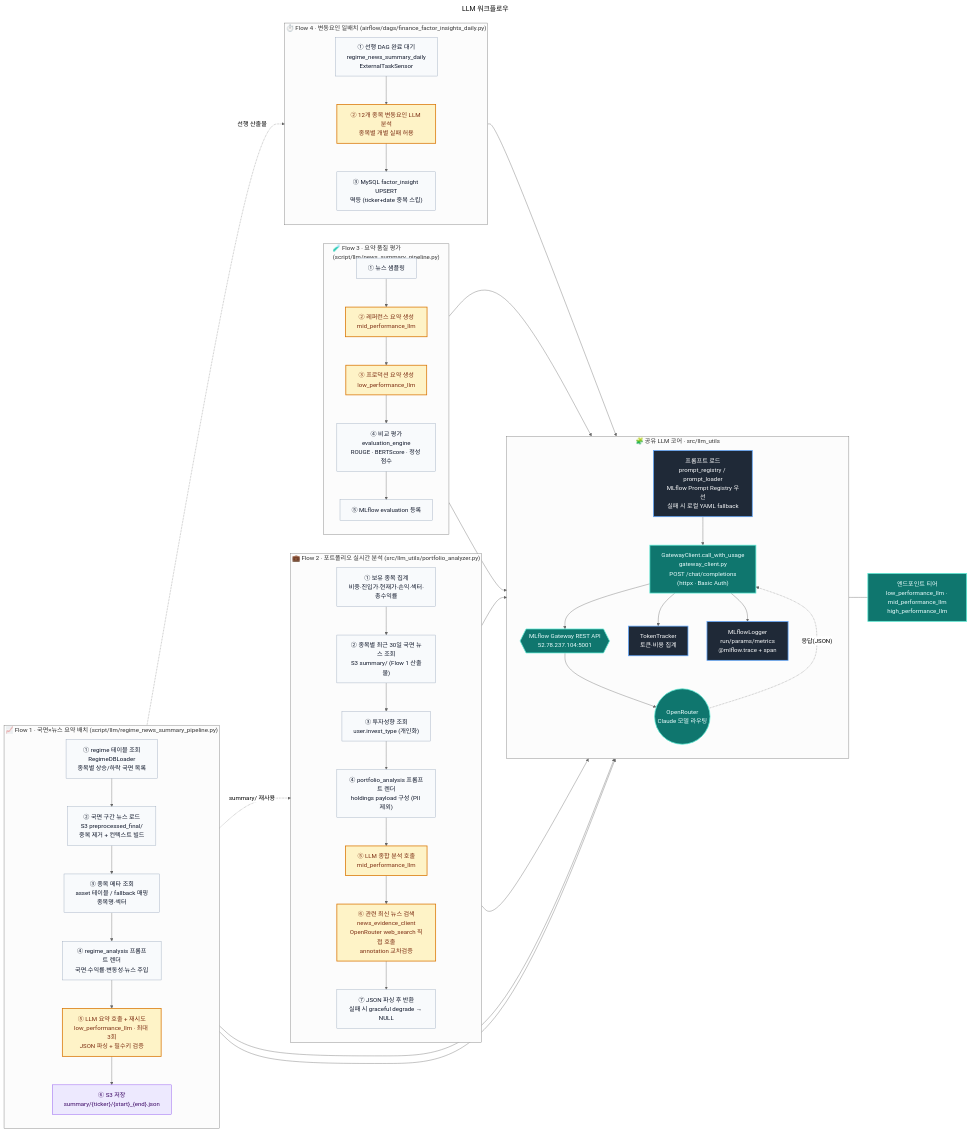
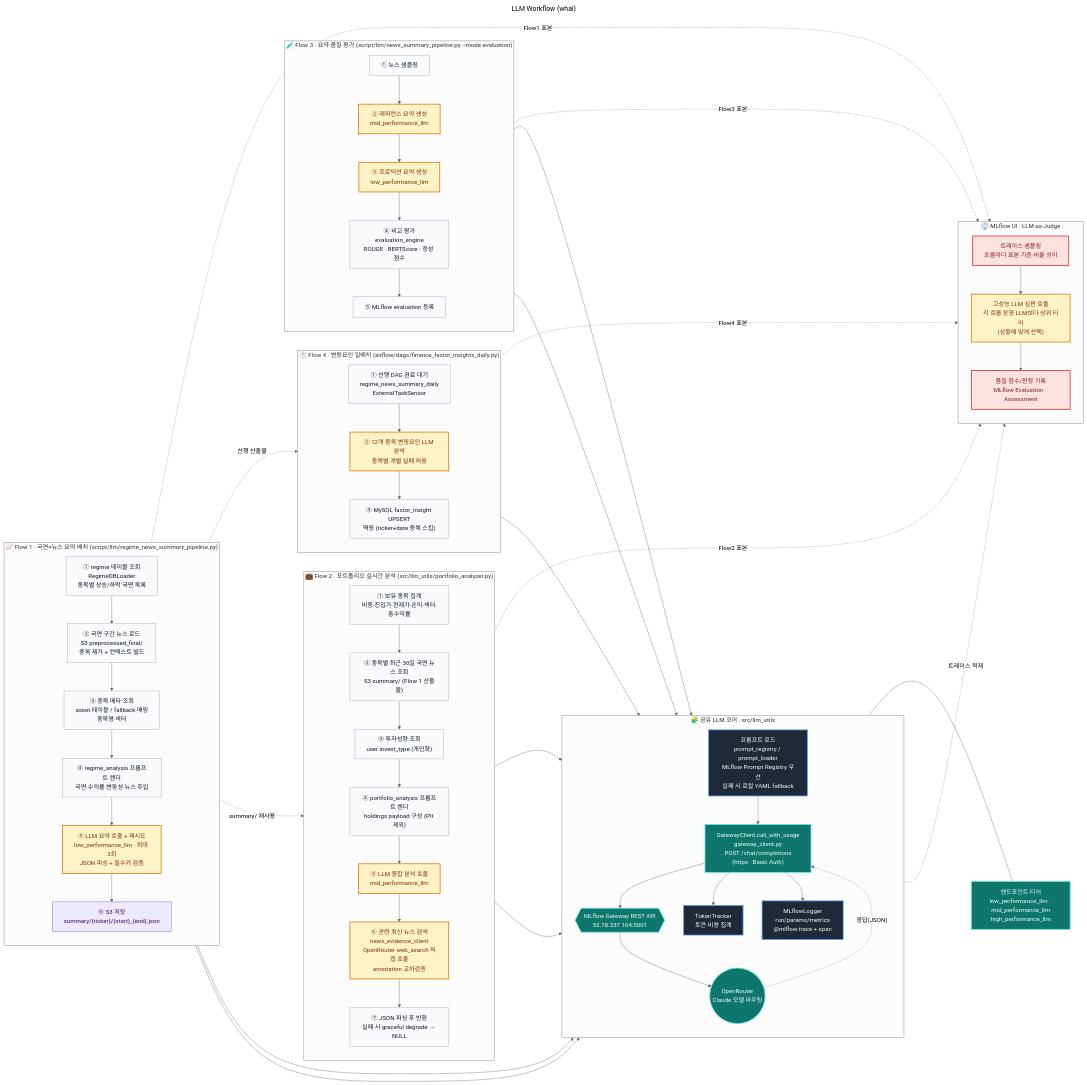
The first of 2 diagrams in submit.md (hwan1111/whai), drawn with Mermaid (neutral theme) before and after one commit.

Commit message:
Update LLM workflow diagram and descriptions

````diff
--- a/submit.md
+++ b/submit.md
@@ -39,6 +39,6 @@
 ```mermaid
 ---
-title: LLM 워크플로우
+title: LLM Workflow (whai)
 ---
 flowchart LR
  subgraph CORE["🧩 공유 LLM 코어 · src/llm_utils"]
@@ -69,8 +69,7 @@
         F2F["⑥ 관련 최신 뉴스 검색<br>news_evidence_client<br>OpenRouter web_search 직접 호출<br>annotation 교차검증"]
         F2G["⑦ JSON 파싱 후 반환<br>실패 시 graceful degrade → NULL"]
   end
- subgraph F3["🧪 Flow 3 · 요약 품질 평가 
-(script/llm/news_summary_pipeline.py)"]
+ subgraph F3["🧪 Flow 3 · 요약 품질 평가 (script/llm/news_summary_pipeline.py --mode evaluation)"]
     direction TB
         F3A["① 뉴스 샘플링"]
         F3B["② 레퍼런스 요약 생성<br>mid_performance_llm"]
@@ -83,6 +82,12 @@
         F4A["① 선행 DAG 완료 대기<br>regime_news_summary_daily<br>ExternalTaskSensor"]
         F4B["② 12개 종목 변동요인 LLM 분석<br>종목별 개별 실패 허용"]
         F4C["③ MySQL factor_insight UPSERT<br>멱등 (ticker+date 중복 스킵)"]
+  end
+ subgraph JUDGE["⚖️ MLflow UI · LLM-as-Judge"]
+    direction TB
+        JSAMP["트레이스 샘플링<br>흐름마다 표본 기준·비율 상이"]
+        JLLM["고성능 LLM 심판 호출<br>각 흐름 운영 LLM보다 상위 티어<br>(상황에 맞게 선택)"]
+        JSCORE["품질 점수/판정 기록<br>MLflow Evaluation · Assessment"]
   end
     PROMPT --> GW
     GW --> GATEWAY & TOK & MLF
@@ -106,6 +111,13 @@
     F3D --> F3E
     F4A --> F4B
     F4B --> F4C & GW
+    JSAMP --> JLLM
+    JLLM --> JSCORE
+    F1E -. Flow1 표본 .-> JSAMP
+    F2E -. Flow2 표본 .-> JSAMP
+    F3E -. Flow3 표본 .-> JSAMP
+    F4B -. Flow4 표본 .-> JSAMP
+    MLF -. 트레이스 적재 .-> JSAMP
     F1F -. summary/ 재사용 .-> F2B
     F1F -. 선행 산출물 .-> F4A
 
@@ -115,6 +127,7 @@
      OR:::gw
      TOK:::core
      MLF:::core
+     TIER:::gw
      F1A:::step
      F1B:::step
      F1C:::step
@@ -136,10 +149,13 @@
      F4A:::step
      F4B:::llm
      F4C:::step
-     TIER:::gw
+     JSAMP:::judge
+     JLLM:::llm
+     JSCORE:::judge
     classDef core fill:#1f2937,stroke:#60a5fa,stroke-width:2px,color:#f9fafb
     classDef gw fill:#0f766e,stroke:#5eead4,stroke-width:2px,color:#ecfeff
     classDef step fill:#f8fafc,stroke:#94a3b8,stroke-width:1px,color:#0f172a
     classDef llm fill:#fef3c7,stroke:#d97706,stroke-width:2px,color:#7c2d12
     classDef store fill:#ede9fe,stroke:#7c3aed,stroke-width:1px,color:#3b0764
+    classDef judge fill:#fee2e2,stroke:#dc2626,stroke-width:2px,color:#7f1d1d
 ```
````
